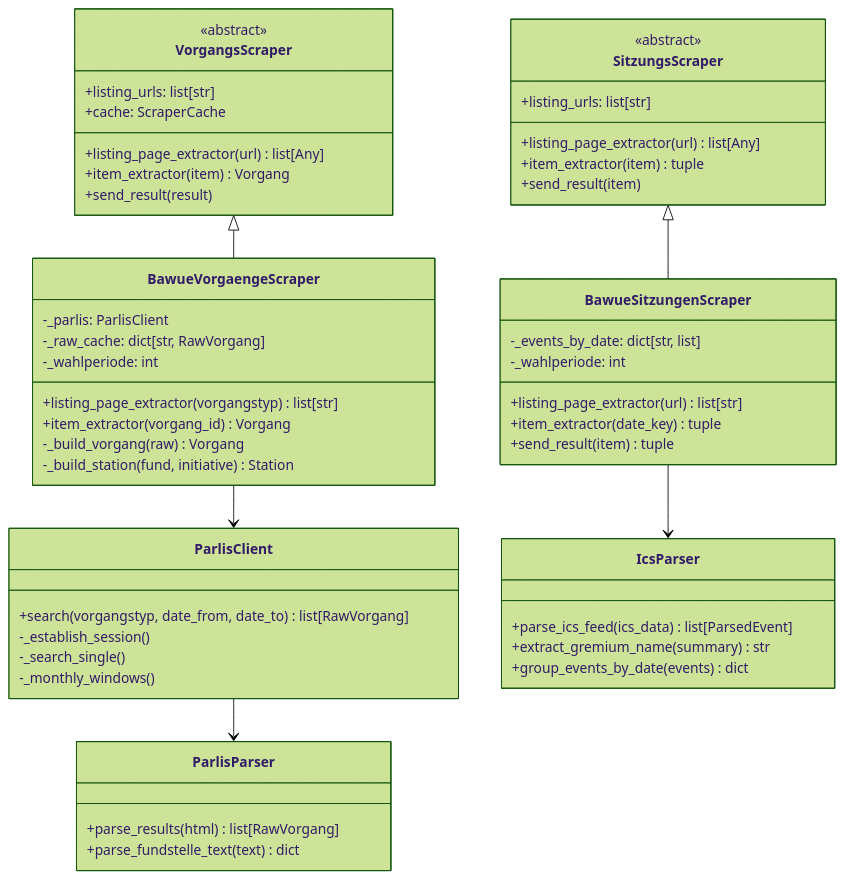
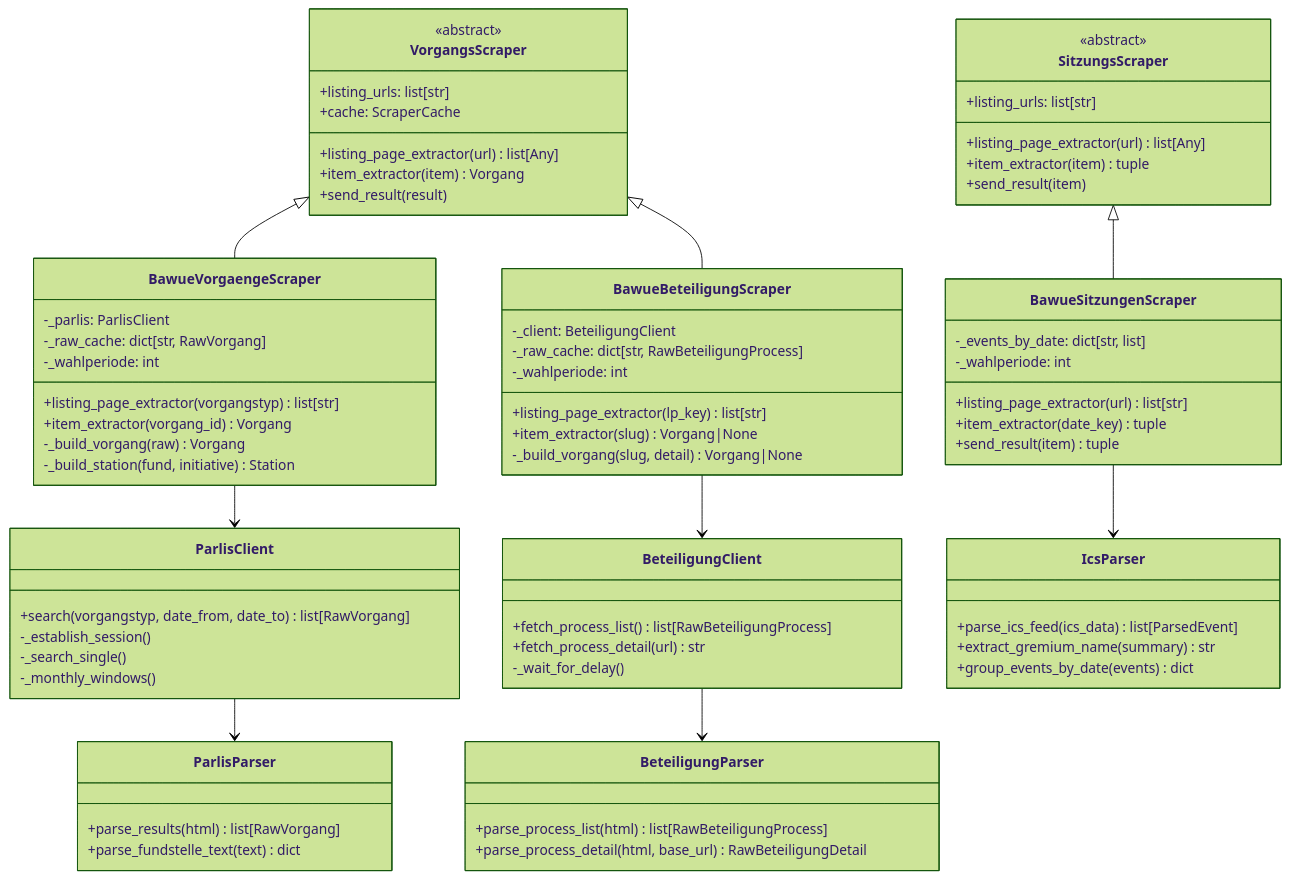
The second of 3 diagrams in docs/architecture.md (Parlamentszusammenfasser/pazufa-scraper-bw), drawn with Mermaid (forest theme) before and after one commit. The commit also changed other lines of this file and 11 other files, not shown here.

First line of the commit message:
feat: add BaWue Beteiligung scraper for public consultation portal

````diff
--- a/docs/architecture.md
+++ b/docs/architecture.md
@@ -123,8 +136,29 @@
         +send_result(item) tuple
     }
 
+    class BawueBeteiligungScraper {
+        -_client: BeteiligungClient
+        -_raw_cache: dict[str, RawBeteiligungProcess]
+        -_wahlperiode: int
+        +listing_page_extractor(lp_key) list[str]
+        +item_extractor(slug) Vorgang|None
+        -_build_vorgang(slug, detail) Vorgang|None
+    }
+
     VorgangsScraper <|-- BawueVorgaengeScraper
+    VorgangsScraper <|-- BawueBeteiligungScraper
     SitzungsScraper <|-- BawueSitzungenScraper
+
+    class BeteiligungClient {
+        +fetch_process_list() list[RawBeteiligungProcess]
+        +fetch_process_detail(url) str
+        -_wait_for_delay()
+    }
+
+    class BeteiligungParser {
+        +parse_process_list(html) list[RawBeteiligungProcess]
+        +parse_process_detail(html, base_url) RawBeteiligungDetail
+    }
 
     class ParlisClient {
         +search(vorgangstyp, date_from, date_to) list[RawVorgang]
@@ -146,5 +180,7 @@
 
     BawueVorgaengeScraper --> ParlisClient
     ParlisClient --> ParlisParser
+    BawueBeteiligungScraper --> BeteiligungClient
+    BeteiligungClient --> BeteiligungParser
     BawueSitzungenScraper --> IcsParser
 ```
````
